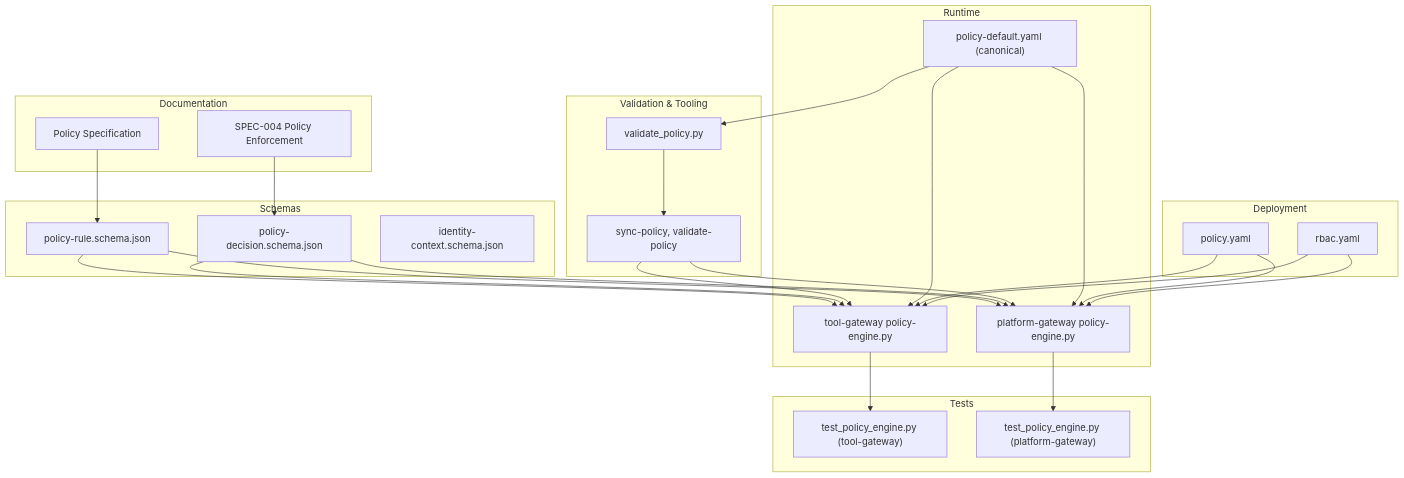
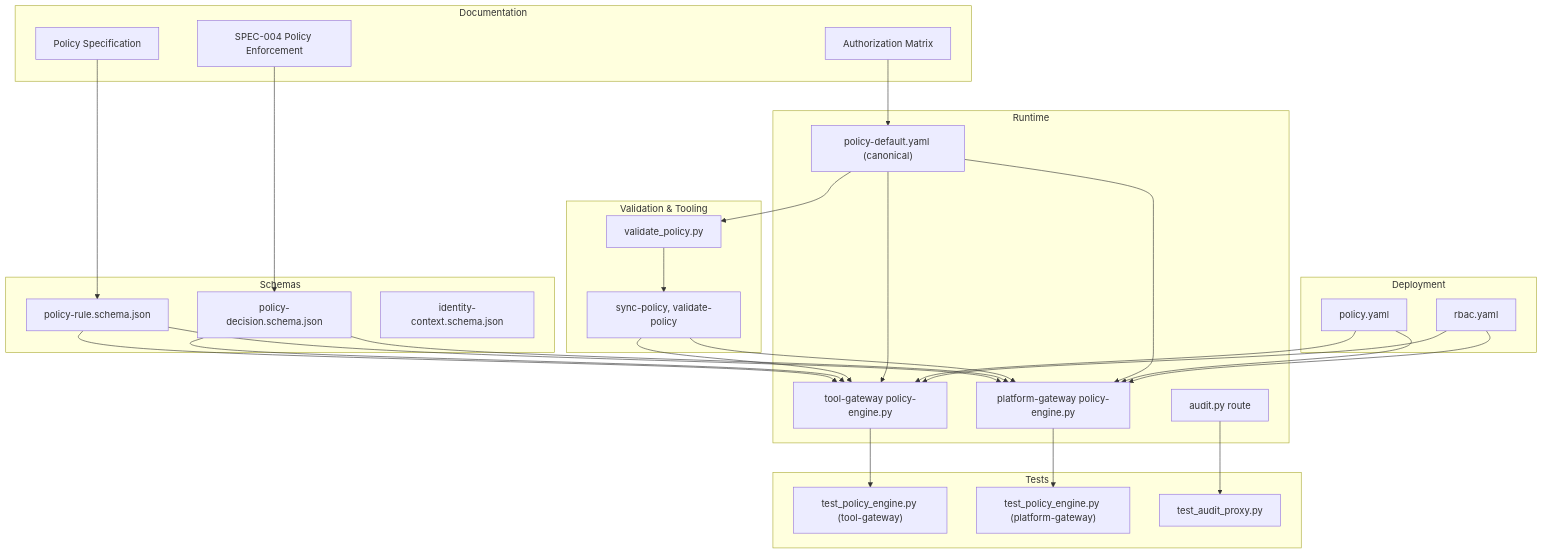
Before and after one commit to metasync/luban-aiops: the first of 5 diagrams in .qoder/repowiki/en/content/Policy Management/Policy Management.md, drawn with Mermaid. The commit also changed other lines of this file and 48 other files, not shown here.

````diff
--- a/.qoder/repowiki/en/content/Policy Management/Policy Management.md
+++ b/.qoder/repowiki/en/content/Policy Management/Policy Management.md
@@ -57,47 +61,52 @@
 ```mermaid
 graph TB
 subgraph "Documentation"
 PS["Policy Specification"]
 SPEC["SPEC-004 Policy Enforcement"]
+AUTH_MATRIX["Authorization Matrix"]
 end
 subgraph "Schemas"
 SCHEMA_RULE["policy-rule.schema.json"]
 SCHEMA_DECISION["policy-decision.schema.json"]
 SCHEMA_IDENTITY["identity-context.schema.json"]
 end
 subgraph "Runtime"
 ENGINE_TOOL["tool-gateway policy-engine.py"]
 ENGINE_PLATFORM["platform-gateway policy-engine.py"]
 DEFAULT_POLICY["policy-default.yaml (canonical)"]
+AUDIT_ROUTE["audit.py route"]
 end
 subgraph "Validation & Tooling"
 VALIDATE_SCRIPT["validate_policy.py"]
 MAKEFILE_TARGETS["sync-policy, validate-policy"]
 end
 subgraph "Tests"
 TEST_TOOL["test_policy_engine.py (tool-gateway)"]
 TEST_PLATFORM["test_policy_engine.py (platform-gateway)"]
+TEST_AUDIT["test_audit_proxy.py"]
 end
 subgraph "Deployment"
 K8S_POLICY["policy.yaml"]
 K8S_RBAC["rbac.yaml"]
 end
 PS --> SCHEMA_RULE
 SPEC --> SCHEMA_DECISION
+AUTH_MATRIX --> DEFAULT_POLICY
 SCHEMA_RULE --> ENGINE_TOOL
 SCHEMA_RULE --> ENGINE_PLATFORM
 SCHEMA_DECISION --> ENGINE_TOOL
 SCHEMA_DECISION --> ENGINE_PLATFORM
 DEFAULT_POLICY --> VALIDATE_SCRIPT
 VALIDATE_SCRIPT --> MAKEFILE_TARGETS
 MAKEFILE_TARGETS --> ENGINE_TOOL
 MAKEFILE_TARGETS --> ENGINE_PLATFORM
 DEFAULT_POLICY --> ENGINE_TOOL
 DEFAULT_POLICY --> ENGINE_PLATFORM
 ENGINE_TOOL --> TEST_TOOL
 ENGINE_PLATFORM --> TEST_PLATFORM
+AUDIT_ROUTE --> TEST_AUDIT
 K8S_POLICY --> ENGINE_TOOL
 K8S_POLICY --> ENGINE_PLATFORM
 K8S_RBAC --> ENGINE_TOOL
 K8S_RBAC --> ENGINE_PLATFORM
 ```
````
